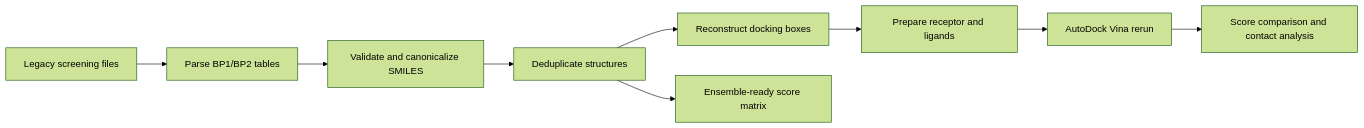
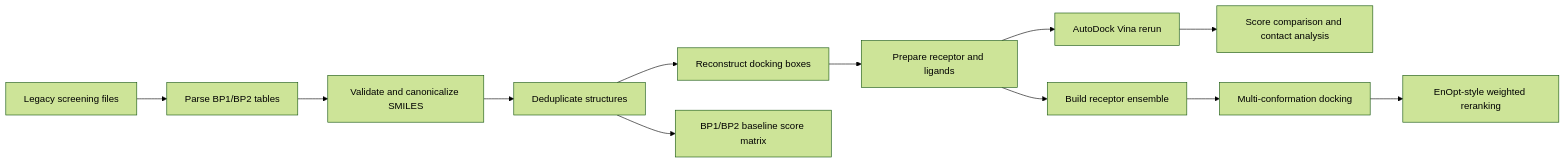
Before and after one commit to rrerax/FtsZ-Coumarin-Virtual-Screening-Reconstruction: the diagram in README.md, drawn with Mermaid (forest theme). The commit also changed other lines of this file and 33 other files, not shown here.

````diff
--- a/README.md
+++ b/README.md
@@ -38,11 +40,14 @@
 ```mermaid
 flowchart LR
     A["Legacy screening files"] --> B["Parse BP1/BP2 tables"]
     B --> C["Validate and canonicalize SMILES"]
     C --> D["Deduplicate structures"]
     D --> E["Reconstruct docking boxes"]
     E --> F["Prepare receptor and ligands"]
     F --> G["AutoDock Vina rerun"]
     G --> H["Score comparison and contact analysis"]
-    D --> I["Ensemble-ready score matrix"]
+    F --> I["Build receptor ensemble"]
+    I --> J["Multi-conformation docking"]
+    J --> K["EnOpt-style weighted reranking"]
+    D --> L["BP1/BP2 baseline score matrix"]
 ```
````
